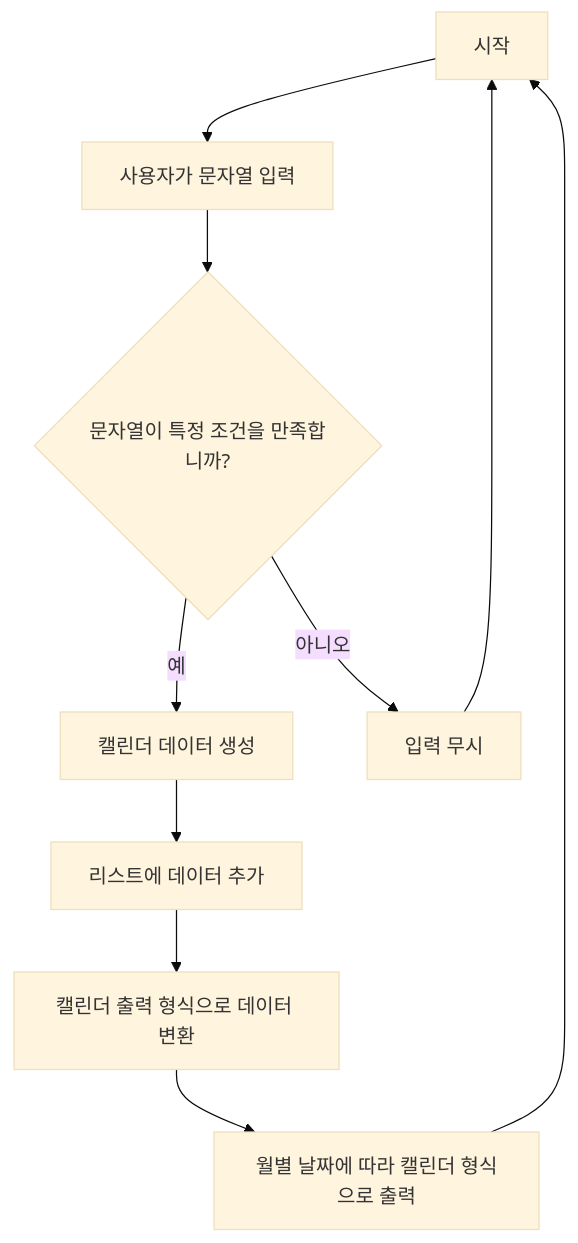
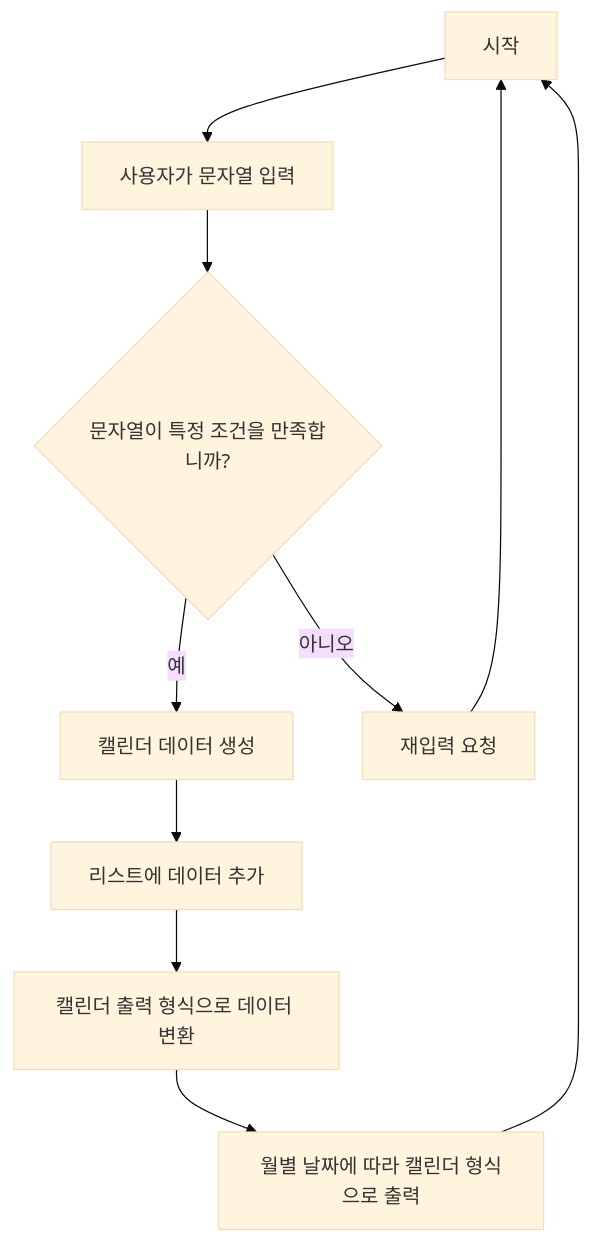
One commit to juno-choi/calendar changed the first of 4 diagrams in README.md. Above: the diagram before and after it, drawn with Mermaid (base theme). The commit also changed other lines of this file, not shown here.

````diff
--- a/README.md
+++ b/README.md
@@ -13,13 +13,12 @@
 ```mermaid
 flowchart TD
     A[시작] --> B[사용자가 문자열 입력]
     B --> C{문자열이 특정 조건을 만족합니까?}
     C -->|예| D[캘린더 데이터 생성]
-    C -->|아니오| E[입력 무시]
+    C -->|아니오| E[재입력 요청]
     D --> F[리스트에 데이터 추가]
     F --> G[캘린더 출력 형식으로 데이터 변환]
     G --> H[월별 날짜에 따라 캘린더 형식으로 출력]
     E --> A
     H --> A
-
 ```
````
